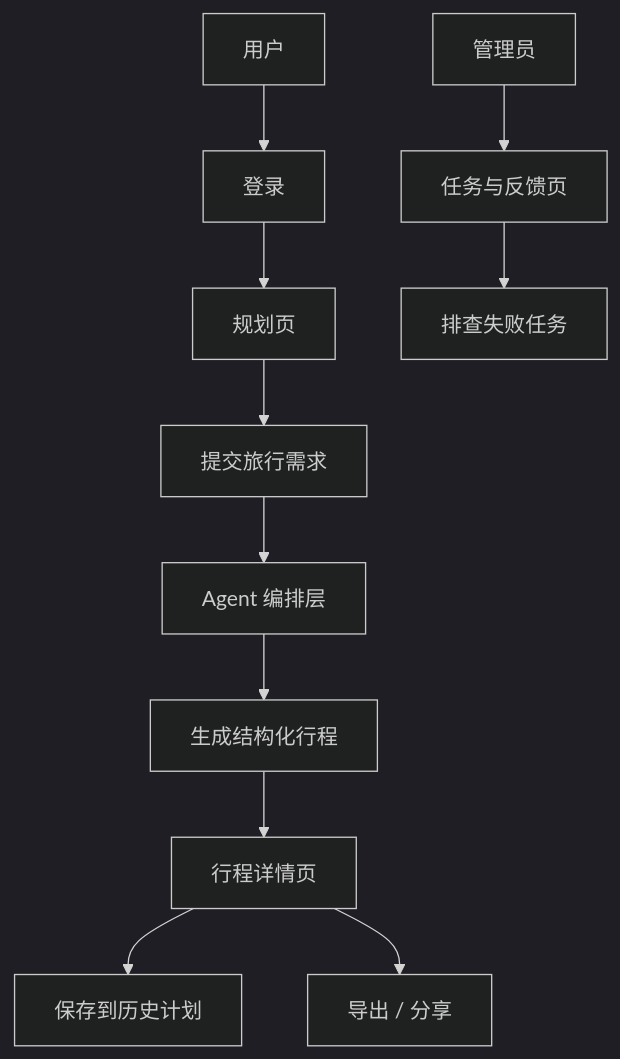
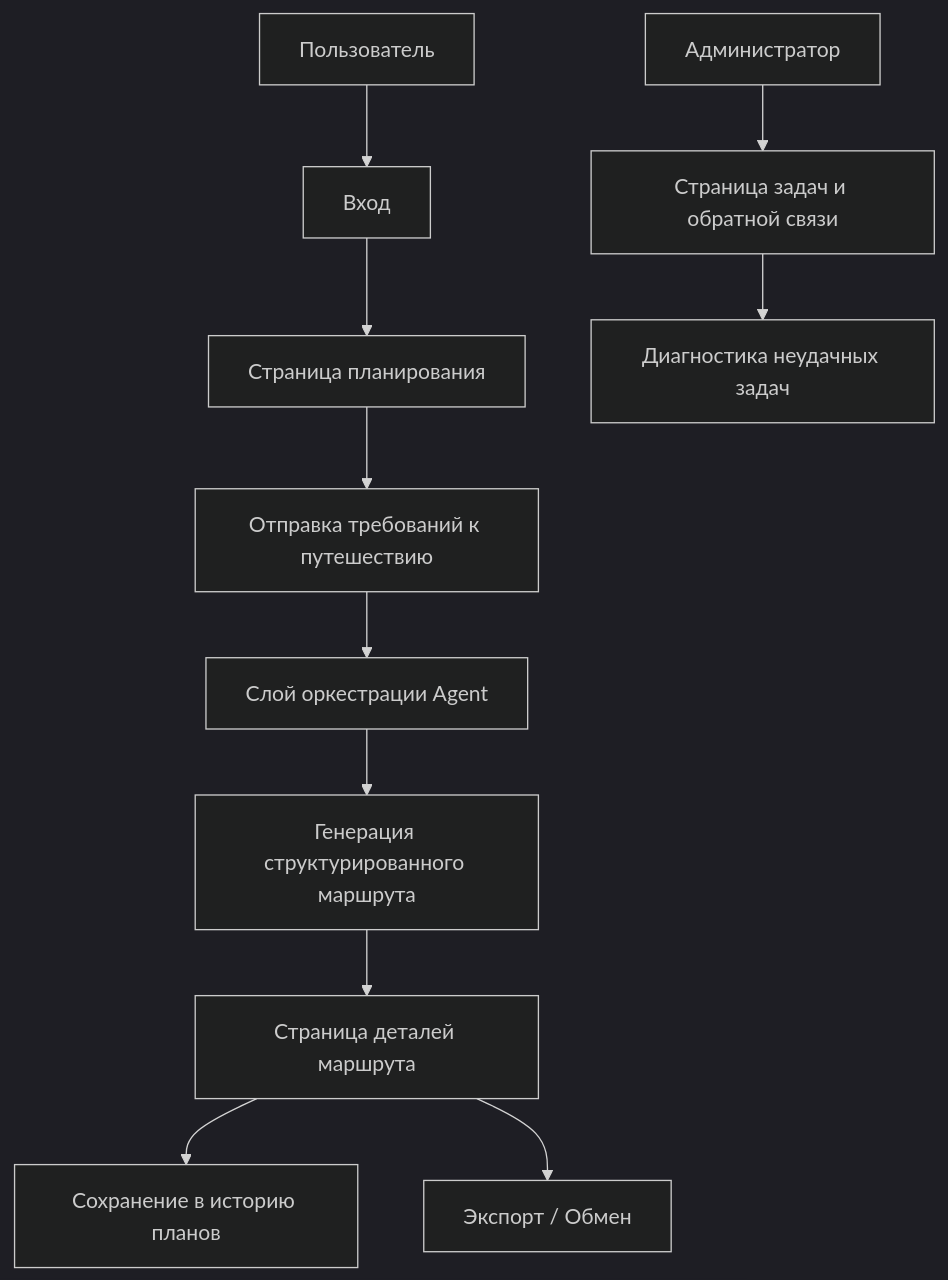
The second of 2 diagrams in docs/ru-ru/stage-2/assignments/travel-planning-agent-platform/PRD.md (Libertad-Harbour-LLC/study_vibe), drawn with Mermaid (dark theme) before and after one commit. The commit also changed other lines of this file and 1 other file, not shown here.

````diff
--- a/docs/ru-ru/stage-2/assignments/travel-planning-agent-platform/PRD.md
+++ b/docs/ru-ru/stage-2/assignments/travel-planning-agent-platform/PRD.md
@@ -194,13 +194,13 @@
 ```mermaid
 flowchart TD
-  user["用户"] --> login["登录"]
-  login --> planner["规划页"]
-  planner --> submit["提交旅行需求"]
-  submit --> agent["Agent 编排层"]
-  agent --> result["生成结构化行程"]
-  result --> detail["行程详情页"]
-  detail --> history["保存到历史计划"]
-  detail --> export["导出 / 分享"]
-  admin["管理员"] --> runs["任务与反馈页"]
-  runs --> optimize["排查失败任务"]
+  user["Пользователь"] --> login["Вход"]
+  login --> planner["Страница планирования"]
+  planner --> submit["Отправка требований к путешествию"]
+  submit --> agent["Слой оркестрации Agent"]
+  agent --> result["Генерация структурированного маршрута"]
+  result --> detail["Страница деталей маршрута"]
+  detail --> history["Сохранение в историю планов"]
+  detail --> export["Экспорт / Обмен"]
+  admin["Администратор"] --> runs["Страница задач и обратной связи"]
+  runs --> optimize["Диагностика неудачных задач"]
 ```
````
